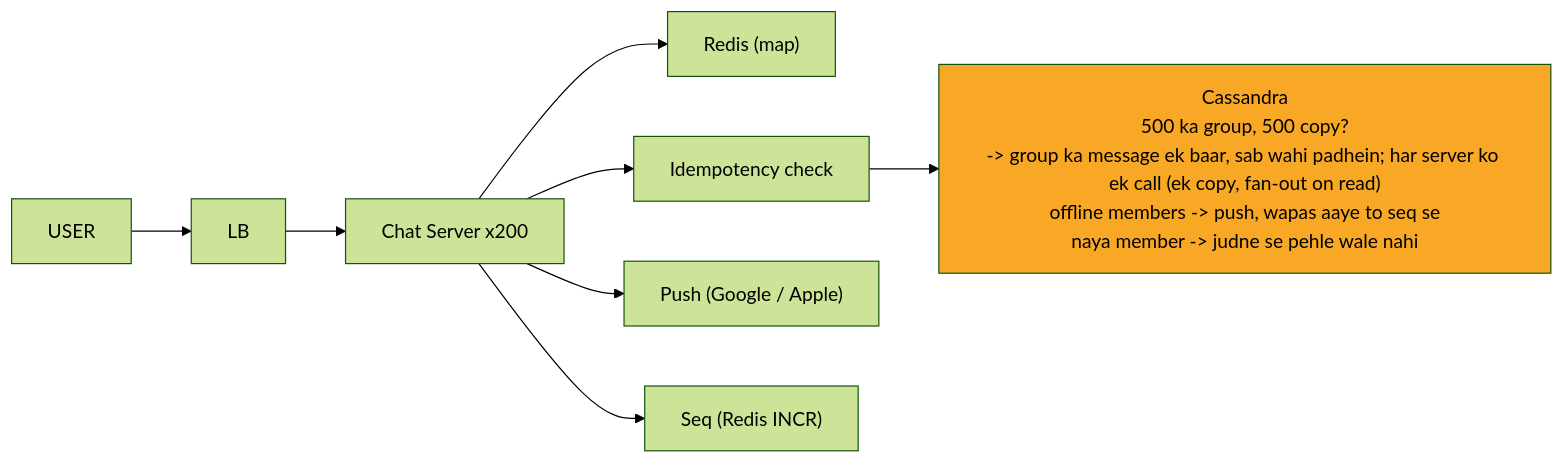
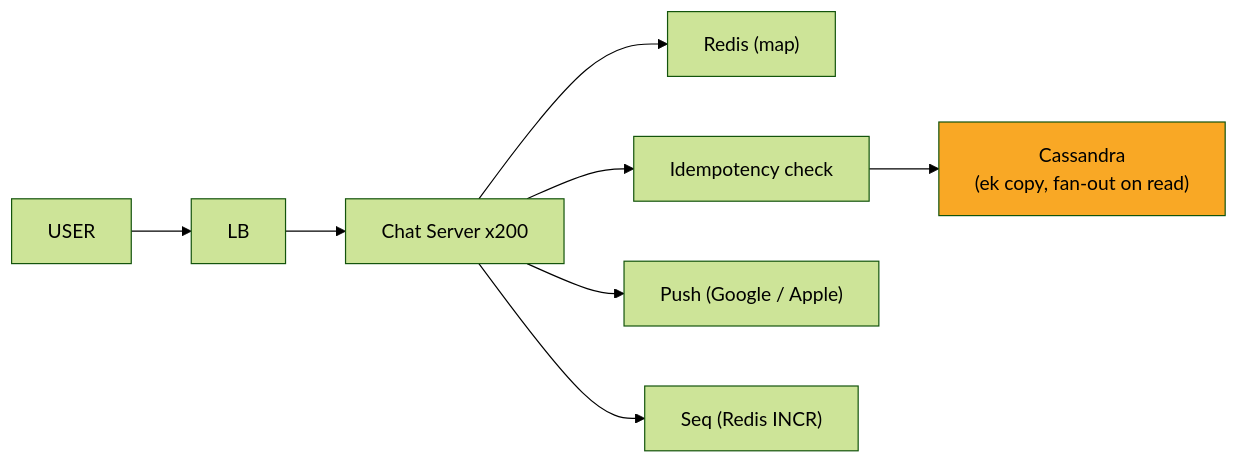
The diagram in 04_HLD/SYSTEM_DESIGNS/14_chat_messaging/img/c7.mmd (ArpanMaheshwari144/Prep), drawn with Mermaid (forest theme) before and after one commit. The commit also changed 144 other files, not shown here.

Commit message:
hld: NAHI block hata (sab 14 file) + kafka, chat naye saanche me; label dohraav theek; kaise teer bagal ki jagah se

```diff
--- a/04_HLD/SYSTEM_DESIGNS/14_chat_messaging/img/c7.mmd
+++ b/04_HLD/SYSTEM_DESIGNS/14_chat_messaging/img/c7.mmd
@@ -1,18 +1,18 @@
 %%{init: {"flowchart": {"wrappingWidth": 450}}}%%
 flowchart LR
     n_U["USER"]
     n_LB["LB"]
     n_CS["Chat Server x200"]
     n_R["Redis (map)"]
     n_I["Idempotency check"]
-    n_CA["Cassandra<br/>500 ka group, 500 copy?<br/>-> group ka message ek baar, sab wahi padhein; har server ko ek call (ek copy, fan-out on read)<br/>offline members -> push, wapas aaye to seq se<br/>naya member -> judne se pehle wale nahi"]
+    n_CA["Cassandra<br/>(ek copy, fan-out on read)"]
     n_P["Push (Google / Apple)"]
     n_SQ["Seq (Redis INCR)"]
     n_U --> n_LB
     n_LB --> n_CS
     n_CS --> n_R
     n_CS --> n_I
     n_I --> n_CA
     n_CS --> n_P
     n_CS --> n_SQ
     style n_CA fill:#f9a825,color:#000
```
